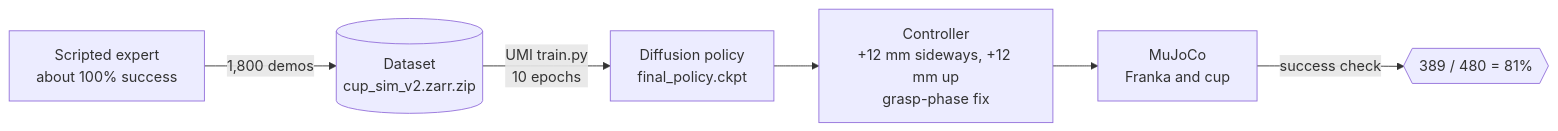
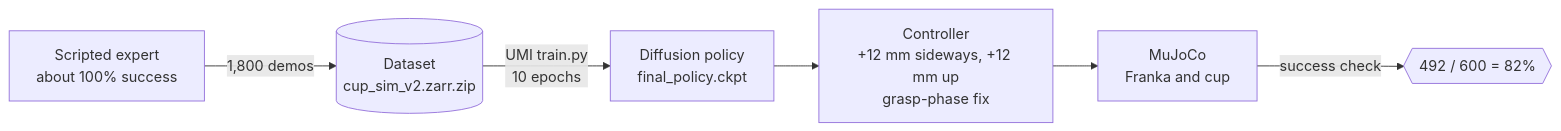
One commit to ayushi2577/UMI---Cup-Arrangement- changed the first of 2 diagrams in README.md. Above: the diagram before and after it, drawn with Mermaid. The commit also changed other lines of this file and 53 other files, not shown here.

````diff
--- a/README.md
+++ b/README.md
@@ -68,8 +68,8 @@
 ```mermaid
 flowchart LR
     A["Scripted expert<br/>about 100% success"] -->|"1,800 demos"| B[("Dataset<br/>cup_sim_v2.zarr.zip")]
     B -->|"UMI train.py<br/>10 epochs"| C["Diffusion policy<br/>final_policy.ckpt"]
     C --> D["Controller<br/>+12 mm sideways, +12 mm up<br/>grasp-phase fix"]
     D --> E["MuJoCo<br/>Franka and cup"]
-    E -->|"success check"| F{{"389 / 480 = 81%"}}
+    E -->|"success check"| F{{"492 / 600 = 82%"}}
 ```
````
